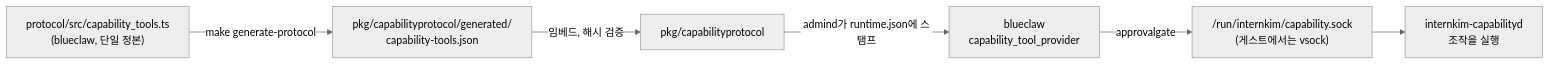
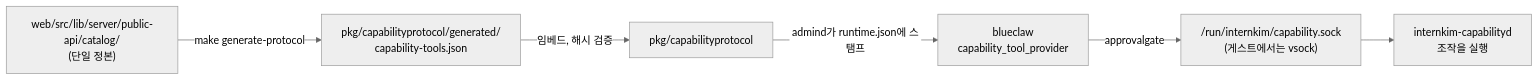
Before and after one commit to yeomyeonggeori/internkim: the diagram in docs/tools/index.ko.mdx, drawn with Mermaid (neutral theme). The commit also changed other lines of this file and 21 other files, not shown here.

````diff
--- a/docs/tools/index.ko.mdx
+++ b/docs/tools/index.ko.mdx
@@ -91,8 +91,8 @@
 ```mermaid
 flowchart LR
-  TS["protocol/src/capability_tools.ts<br/>(blueclaw, 단일 정본)"] -->|make generate-protocol| JSON["pkg/capabilityprotocol/generated/<br/>capability-tools.json"]
+  TS["web/src/lib/server/public-api/catalog/<br/>(단일 정본)"] -->|make generate-protocol| JSON["pkg/capabilityprotocol/generated/<br/>capability-tools.json"]
   JSON -->|임베드, 해시 검증| Go["pkg/capabilityprotocol"]
   Go -->|admind가 runtime.json에 스탬프| Blueclaw["blueclaw<br/>capability_tool_provider"]
   Blueclaw -->|approvalgate| Socket["/run/internkim/capability.sock<br/>(게스트에서는 vsock)"]
   Socket --> Capabilityd["internkim-capabilityd<br/>조작을 실행"]
 ```
````
